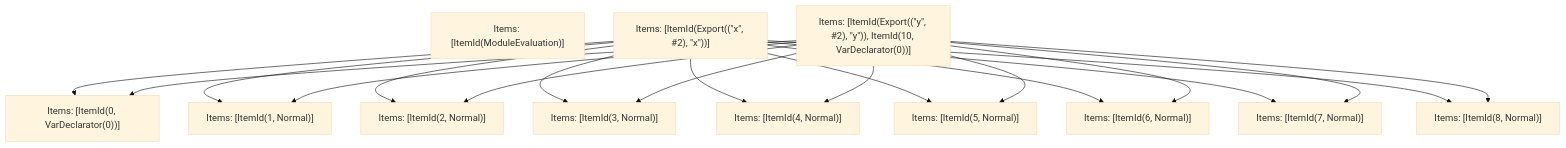
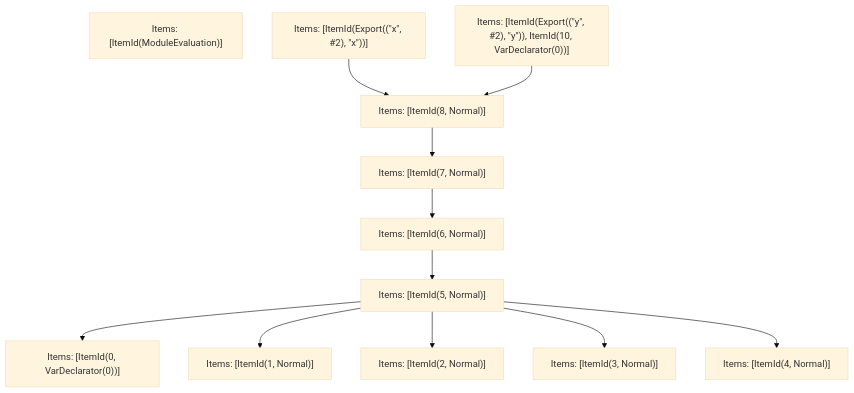
The fifth of 5 diagrams in crates/turbopack-ecmascript/tests/tree-shaker/analyzer/grouping/output.md (vercel/turborepo), drawn with Mermaid (base theme) before and after one commit. The commit also changed other lines of this file and 1 other file, not shown here.

````diff
--- a/crates/turbopack-ecmascript/tests/tree-shaker/analyzer/grouping/output.md
+++ b/crates/turbopack-ecmascript/tests/tree-shaker/analyzer/grouping/output.md
@@ -216,33 +212,25 @@
 ```mermaid
 graph TD
     N0["Items: [ItemId(ModuleEvaluation)]"];
     N1["Items: [ItemId(Export((&quot;x&quot;, #2), &quot;x&quot;))]"];
     N2["Items: [ItemId(Export((&quot;y&quot;, #2), &quot;y&quot;)), ItemId(10, VarDeclarator(0))]"];
     N3["Items: [ItemId(0, VarDeclarator(0))]"];
     N4["Items: [ItemId(1, Normal)]"];
     N5["Items: [ItemId(2, Normal)]"];
     N6["Items: [ItemId(3, Normal)]"];
     N7["Items: [ItemId(4, Normal)]"];
     N8["Items: [ItemId(5, Normal)]"];
     N9["Items: [ItemId(6, Normal)]"];
     N10["Items: [ItemId(7, Normal)]"];
     N11["Items: [ItemId(8, Normal)]"];
-    N1 --> N3;
-    N1 --> N4;
-    N1 --> N5;
-    N1 --> N6;
-    N1 --> N7;
-    N1 --> N8;
-    N1 --> N9;
-    N1 --> N10;
     N1 --> N11;
-    N2 --> N3;
-    N2 --> N4;
-    N2 --> N5;
-    N2 --> N6;
-    N2 --> N7;
-    N2 --> N8;
-    N2 --> N9;
-    N2 --> N10;
     N2 --> N11;
+    N8 --> N3;
+    N8 --> N4;
+    N8 --> N5;
+    N8 --> N6;
+    N8 --> N7;
+    N9 --> N8;
+    N10 --> N9;
+    N11 --> N10;
 ```
````
